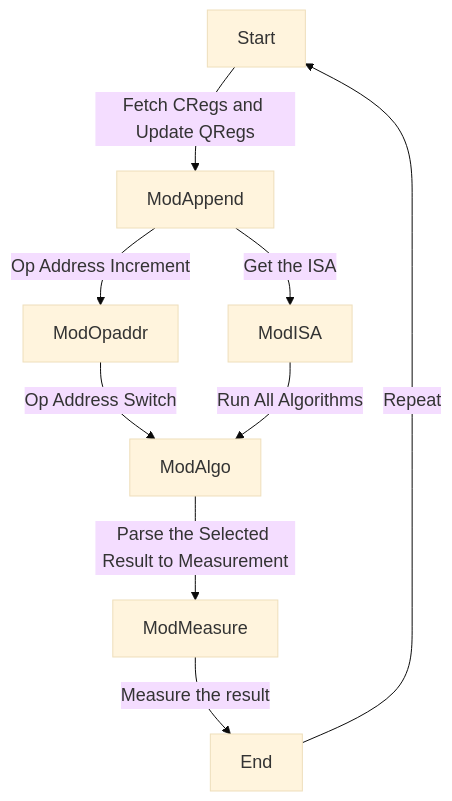
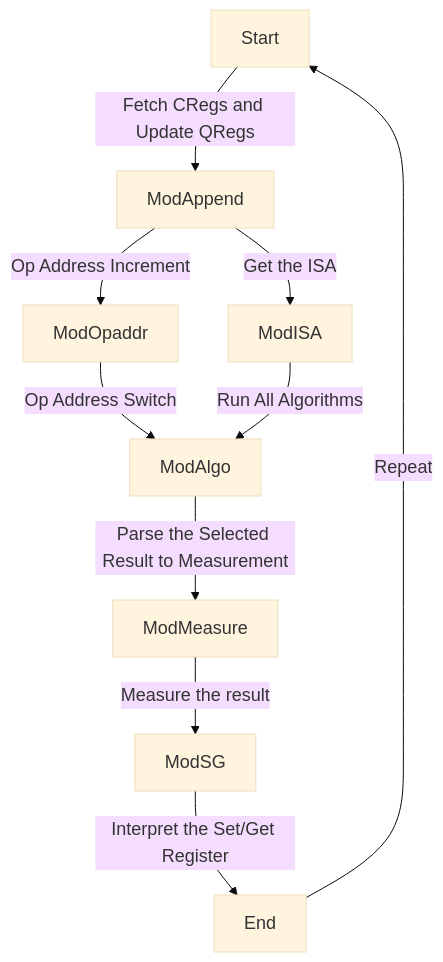
The diagram in README.md (alcyhk/gisc), drawn with Mermaid before and after one commit.

````diff
--- a/README.md
+++ b/README.md
@@ -59,13 +59,14 @@
 ```mermaid
 %%{init: {'theme': 'base', 'themeVariables': { 'fontSize': '18px', 'fontFamily': 'Inter'}}}%%
 graph TD;
     Start -- Fetch CRegs and Update QRegs--> ModAppend;
     ModAppend -- Op Address Increment --> ModOpaddr;
     ModAppend -- Get the ISA --> ModISA;
     ModOpaddr -- Op Address Switch --> ModAlgo;
     ModISA -- Run All Algorithms--> ModAlgo;
     ModAlgo -- Parse the Selected Result to Measurement --> ModMeasure;
-    ModMeasure -- Measure the result --> End;
+    ModMeasure -- Measure the result --> ModSG;
+    ModSG -- Interpret the Set/Get Register --> End;
     End -- Repeat --> Start
     
 ```
````
